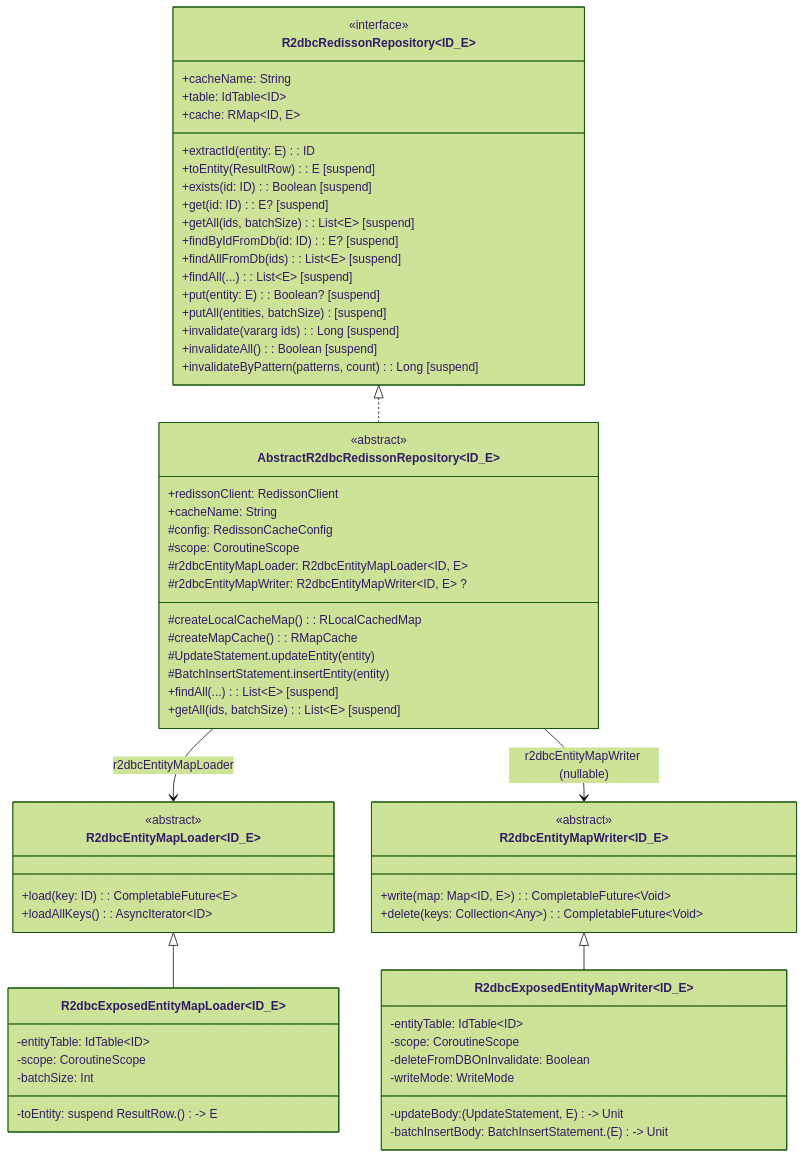
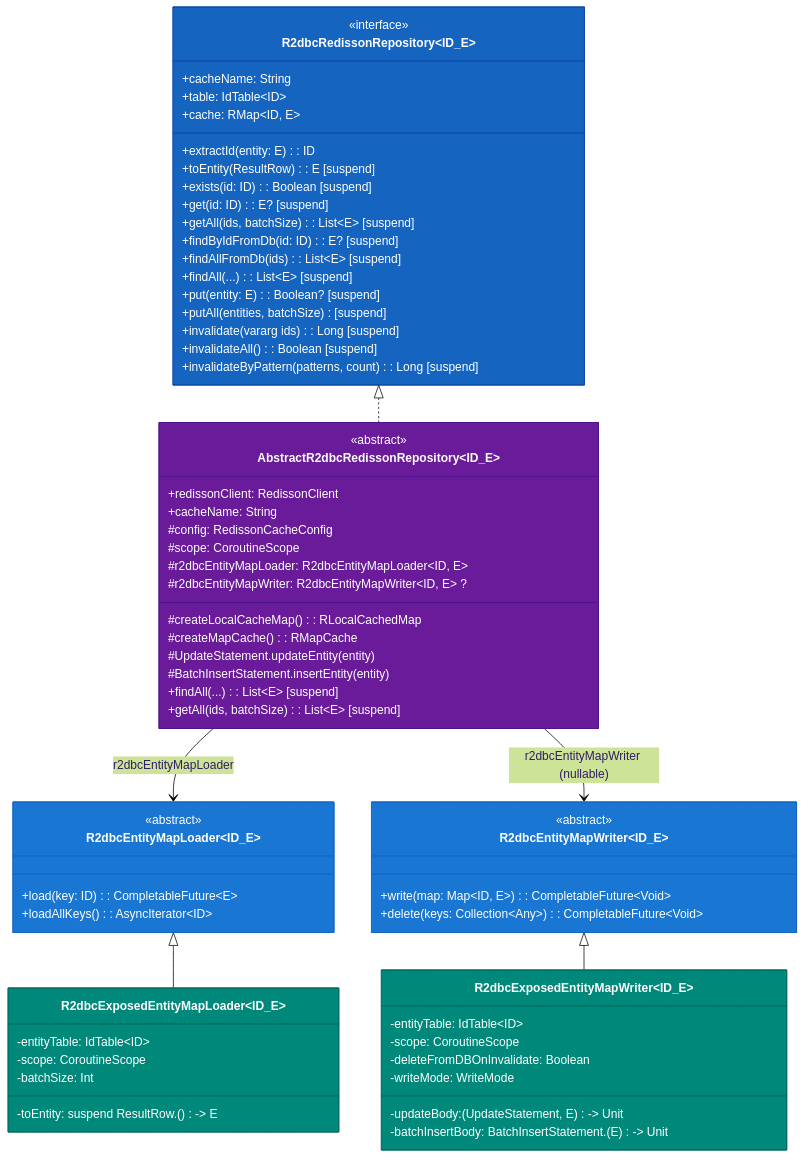
The second of 5 diagrams in data/exposed-r2dbc-redisson/README.ko.md (bluetape4k/bluetape4k-projects), drawn with Mermaid (forest theme) before and after one commit. The commit also changed other lines of this file and 221 other files, not shown here.

First line of the commit message:
docs: 전체 모듈 README UML 다이어그램 보강 및 색상 업그레이드

````diff
--- a/data/exposed-r2dbc-redisson/README.ko.md
+++ b/data/exposed-r2dbc-redisson/README.ko.md
@@ -153,72 +155,79 @@
 ```mermaid
 classDiagram
     class R2dbcRedissonRepository~ID_E~ {
 <<interface>>
 +cacheName: String
 +table: IdTable~ID~
 +cache: RMap~ID, E~
 +extractId(entity: E): ID
 +toEntity(ResultRow): E [suspend]
 +exists(id: ID): Boolean [suspend]
 +get(id: ID): E? [suspend]
 +getAll(ids, batchSize): List~E~ [suspend]
 +findByIdFromDb(id: ID): E? [suspend]
 +findAllFromDb(ids): List~E~ [suspend]
 +findAll(...): List~E~ [suspend]
 +put(entity: E): Boolean? [suspend]
 +putAll(entities, batchSize) [suspend]
 +invalidate(vararg ids): Long [suspend]
 +invalidateAll(): Boolean [suspend]
 +invalidateByPattern(patterns, count): Long [suspend]
 }
 
 class AbstractR2dbcRedissonRepository~ID_E~ {
 <<abstract>>
 +redissonClient: RedissonClient
 +cacheName: String
 #config: RedissonCacheConfig
 #scope: CoroutineScope
 #r2dbcEntityMapLoader: R2dbcEntityMapLoader~ID, E~
 #r2dbcEntityMapWriter: R2dbcEntityMapWriter~ID, E~ ?
 #createLocalCacheMap(): RLocalCachedMap
 #createMapCache(): RMapCache
 #UpdateStatement.updateEntity(entity)
 #BatchInsertStatement.insertEntity(entity)
 +findAll(...): List~E~ [suspend]
 +getAll(ids, batchSize): List~E~ [suspend]
 }
 
 class R2dbcEntityMapLoader~ID_E~ {
 <<abstract>>
 +load(key: ID): CompletableFuture~E~
 +loadAllKeys(): AsyncIterator~ID~
 }
 
 class R2dbcEntityMapWriter~ID_E~ {
 <<abstract>>
 +write(map: Map~ID, E~): CompletableFuture~Void~
 +delete(keys: Collection~Any~): CompletableFuture~Void~
 }
 
 class R2dbcExposedEntityMapLoader~ID_E~ {
 -entityTable: IdTable~ID~
 -scope: CoroutineScope
 -batchSize: Int
 -toEntity: suspend ResultRow.() -> E
  }
 
 class R2dbcExposedEntityMapWriter~ID_E~ {
 -entityTable: IdTable~ID~
 -scope: CoroutineScope
 -updateBody: (UpdateStatement, E) -> Unit
 -batchInsertBody: BatchInsertStatement.(E) -> Unit
 -deleteFromDBOnInvalidate: Boolean
 -writeMode: WriteMode
 }
 
 R2dbcRedissonRepository~ID_E~ <|.. AbstractR2dbcRedissonRepository~ID_E~
 AbstractR2dbcRedissonRepository~ID_E~ --> R2dbcEntityMapLoader~ID_E~: r2dbcEntityMapLoader
 AbstractR2dbcRedissonRepository~ID_E~ --> R2dbcEntityMapWriter~ID_E~: r2dbcEntityMapWriter (nullable)
 R2dbcEntityMapLoader~ID_E~ <|-- R2dbcExposedEntityMapLoader~ID_E~
 R2dbcEntityMapWriter~ID_E~ <|-- R2dbcExposedEntityMapWriter~ID_E~
+
+    style R2dbcRedissonRepository fill:#1565C0,stroke:#0D47A1,color:#FFFFFF
+    style AbstractR2dbcRedissonRepository fill:#6A1B9A,stroke:#4A148C,color:#FFFFFF
+    style R2dbcEntityMapLoader fill:#1976D2,stroke:#1565C0,color:#FFFFFF
+    style R2dbcEntityMapWriter fill:#1976D2,stroke:#1565C0,color:#FFFFFF
+    style R2dbcExposedEntityMapLoader fill:#00897B,stroke:#00695C,color:#FFFFFF
+    style R2dbcExposedEntityMapWriter fill:#00897B,stroke:#00695C,color:#FFFFFF
 ```
````
